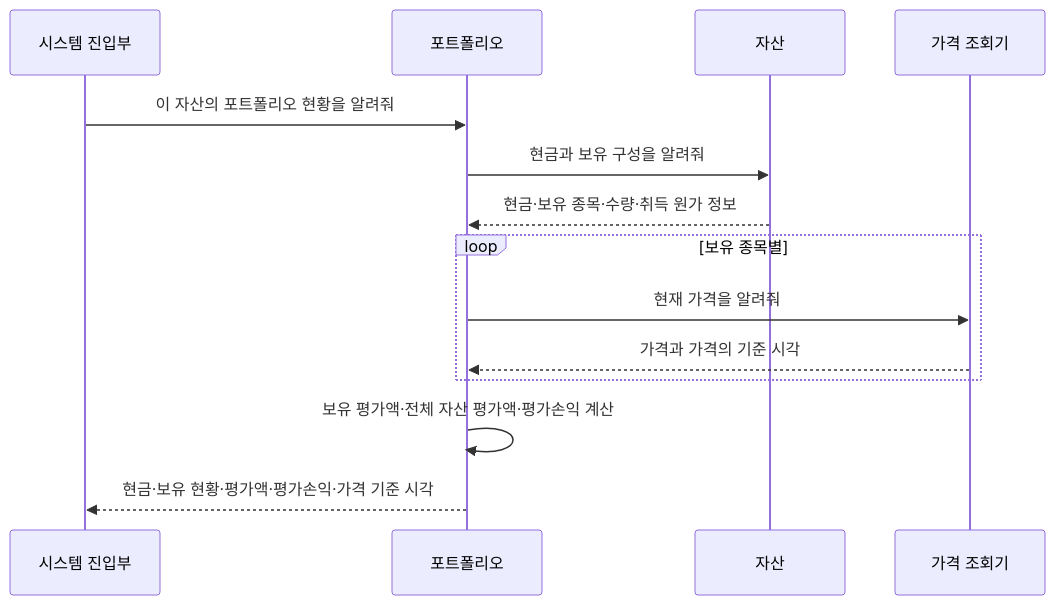
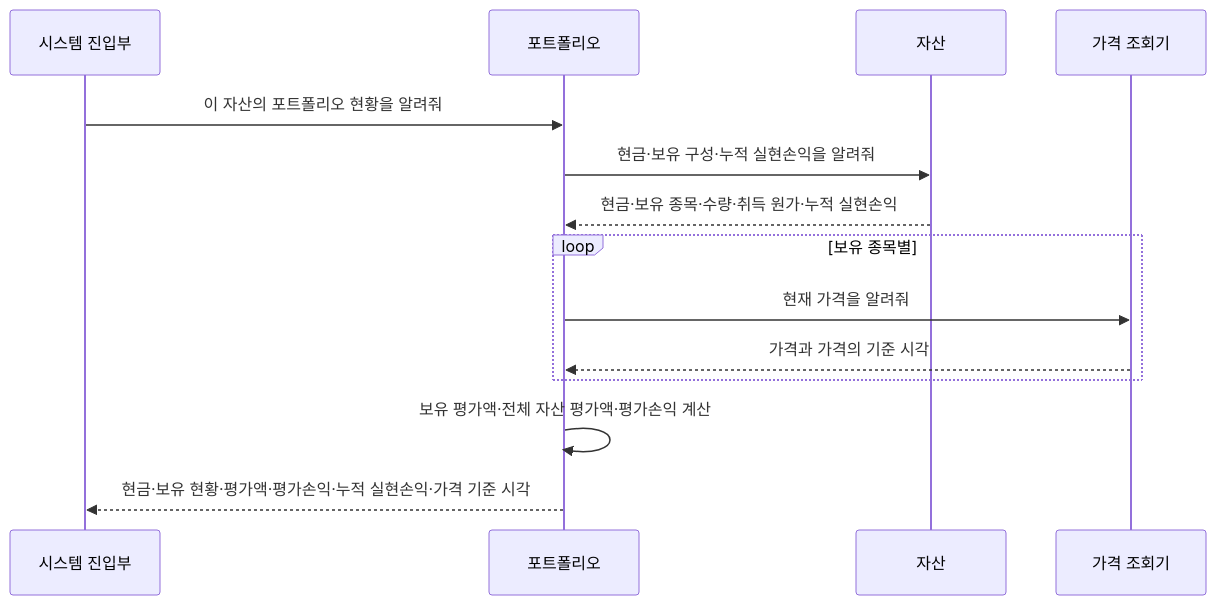
One commit to PhilPark-geosr/stock-agent changed the diagram in design/paper_trading_portfolio_sequence.md. Above: the diagram before and after it, drawn with Mermaid. The commit also changed other lines of this file and 4 other files, not shown here.

````diff
--- a/design/paper_trading_portfolio_sequence.md
+++ b/design/paper_trading_portfolio_sequence.md
@@ -19,19 +19,19 @@
 ```mermaid
 sequenceDiagram
     participant 요청자 as 시스템 진입부
     participant 포트폴리오
     participant 자산
     participant 가격조회기 as 가격 조회기
 
     요청자->>포트폴리오: 이 자산의 포트폴리오 현황을 알려줘
-    포트폴리오->>자산: 현금과 보유 구성을 알려줘
-    자산-->>포트폴리오: 현금·보유 종목·수량·취득 원가 정보
+    포트폴리오->>자산: 현금·보유 구성·누적 실현손익을 알려줘
+    자산-->>포트폴리오: 현금·보유 종목·수량·취득 원가·누적 실현손익
 
     loop 보유 종목별
         포트폴리오->>가격조회기: 현재 가격을 알려줘
         가격조회기-->>포트폴리오: 가격과 가격의 기준 시각
     end
 
     포트폴리오->>포트폴리오: 보유 평가액·전체 자산 평가액·평가손익 계산
-    포트폴리오-->>요청자: 현금·보유 현황·평가액·평가손익·가격 기준 시각
+    포트폴리오-->>요청자: 현금·보유 현황·평가액·평가손익·누적 실현손익·가격 기준 시각
 ```
````
